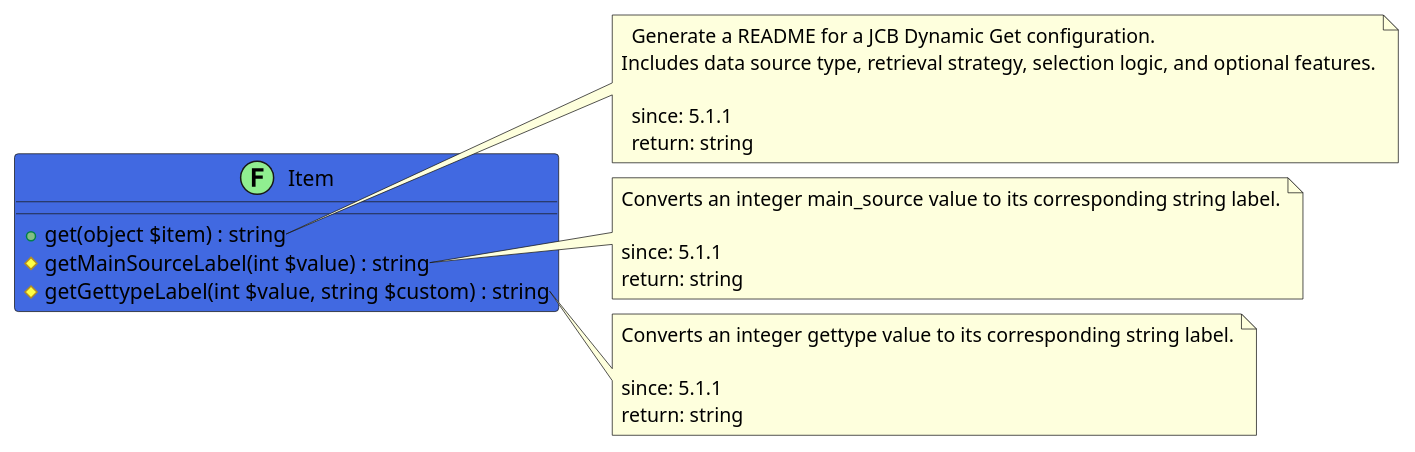
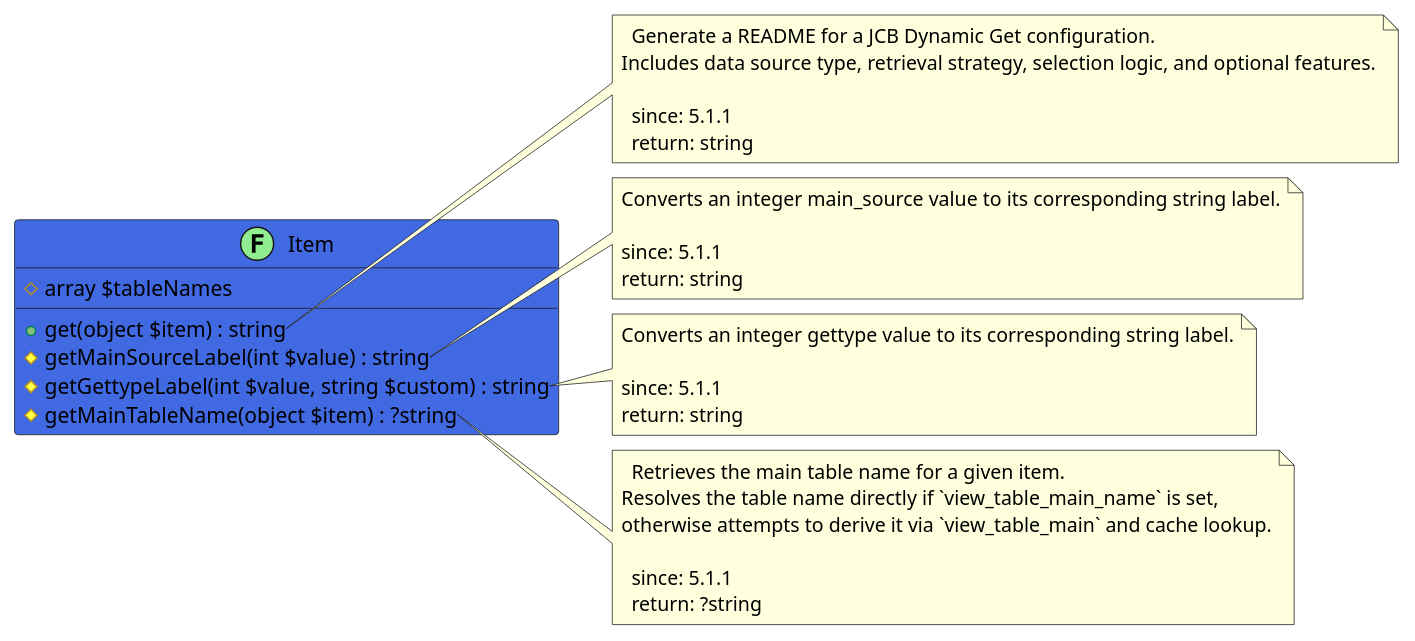
The diagram in src/53fccc10-ee86-45e4-bd59-b20ee8737c19/README.md (joomengine/jcb-packager), drawn with PlantUML before and after one commit. The commit also changed 149 other files, not shown here.

````diff
--- a/src/53fccc10-ee86-45e4-bd59-b20ee8737c19/README.md
+++ b/src/53fccc10-ee86-45e4-bd59-b20ee8737c19/README.md
@@ -5,33 +5,44 @@
 ```uml
 @startuml
 
 class Item << (F,LightGreen) >> #RoyalBlue {
+  # array $tableNames
   + get(object $item) : string
   # getMainSourceLabel(int $value) : string
   # getGettypeLabel(int $value, string $custom) : string
+  # getMainTableName(object $item) : ?string
 }
 
 note right of Item::get
   Generate a README for a JCB Dynamic Get configuration.
 Includes data source type, retrieval strategy, selection logic, and optional features.
 
   since: 5.1.1
   return: string
 end note
 
 note right of Item::getMainSourceLabel
   Converts an integer main_source value to its corresponding string label.
 
   since: 5.1.1
   return: string
 end note
 
 note right of Item::getGettypeLabel
   Converts an integer gettype value to its corresponding string label.
 
   since: 5.1.1
   return: string
 end note
 
+note right of Item::getMainTableName
+  Retrieves the main table name for a given item.
+Resolves the table name directly if `view_table_main_name` is set,
+otherwise attempts to derive it via `view_table_main` and cache lookup.
+
+  since: 5.1.1
+  return: ?string
+end note
+
 @enduml
 ```
````
